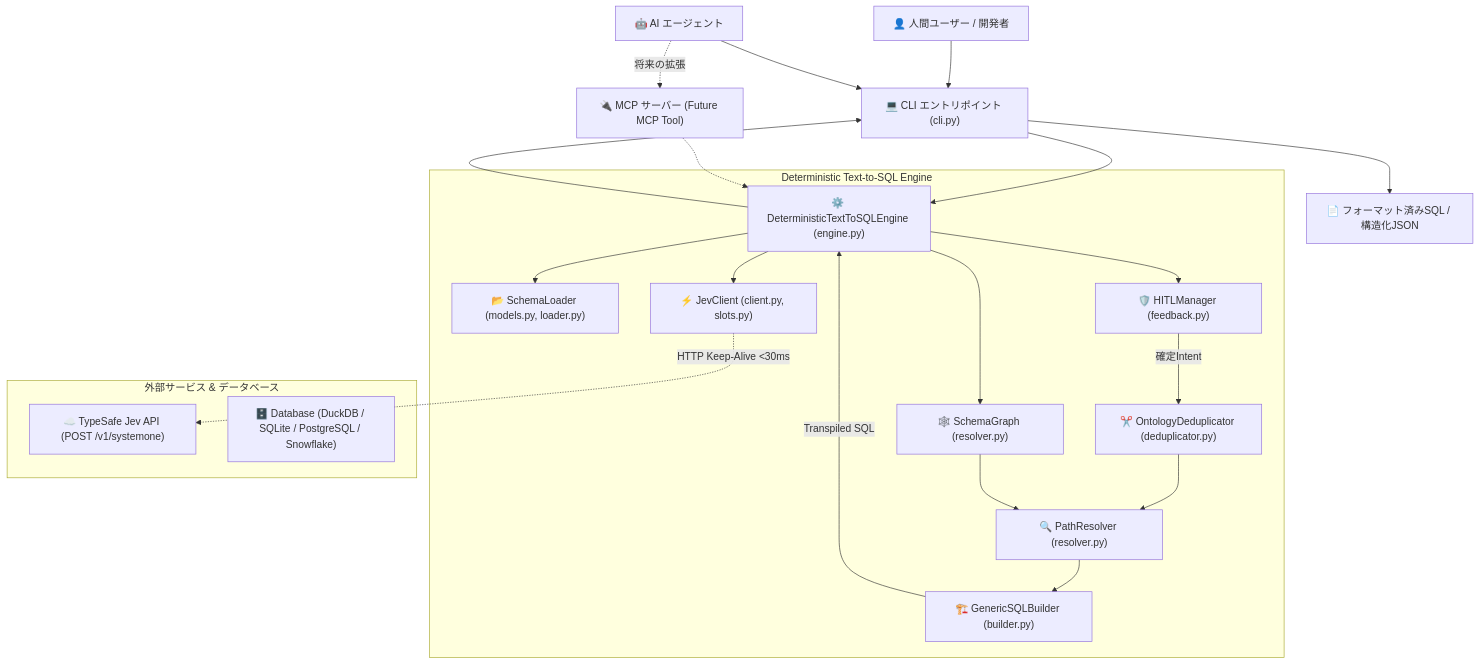
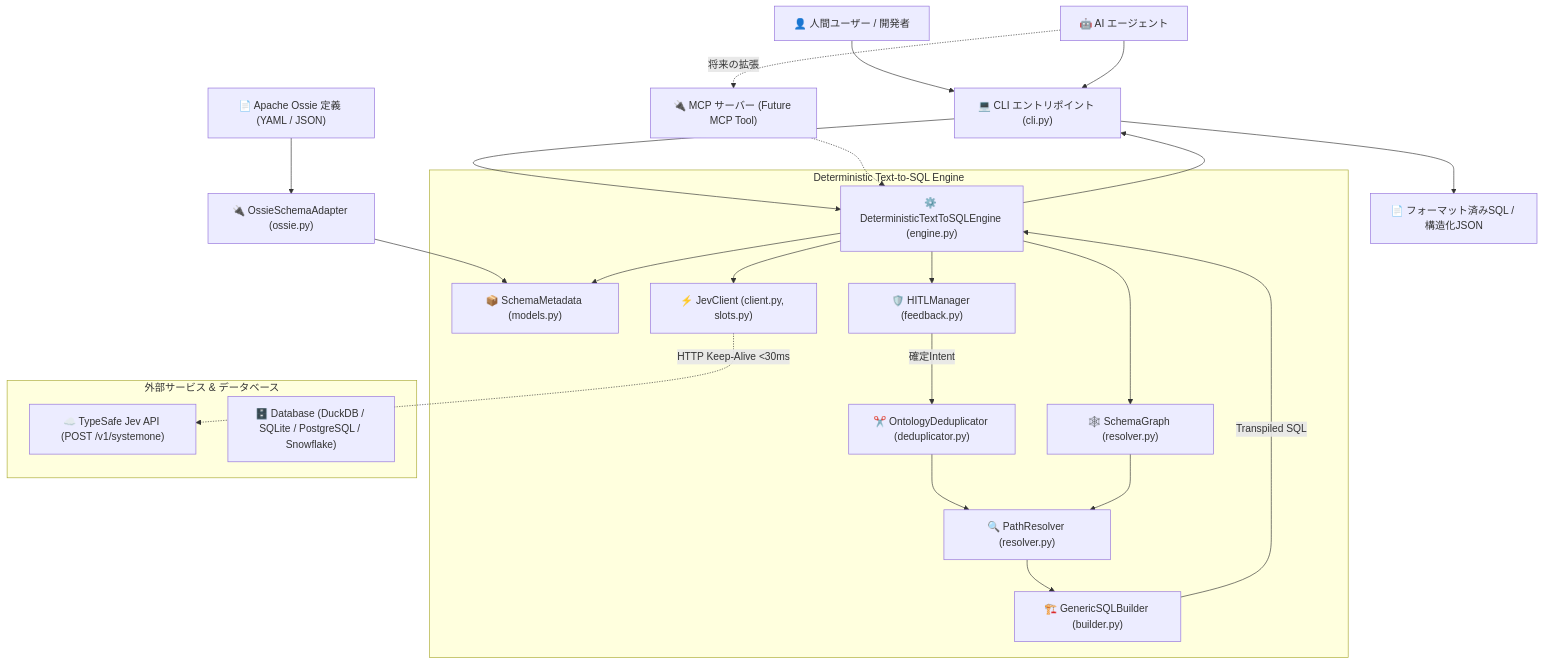
The first of 4 diagrams in doc/design.md (snaga/Deterministic-Text-to-SQL), drawn with Mermaid before and after one commit. The commit also changed other lines of this file and 4 other files, not shown here.

First line of the commit message:
docs(spec): Apache Ossie 対応に伴う Steering および Specs の刷新

````diff
--- a/doc/design.md
+++ b/doc/design.md
@@ -134,32 +140,35 @@
 ```mermaid
 graph TD
     User["👤 人間ユーザー / 開発者"] --> CLI["💻 CLI エントリポイント (cli.py)"]
     Agent["🤖 AI エージェント"] --> CLI
     Agent -.->|将来の拡張| MCP["🔌 MCP サーバー (Future MCP Tool)"]
     
+    OssieDoc["📄 Apache Ossie 定義 (YAML / JSON)"] --> OssieAdapter["🔌 OssieSchemaAdapter (ossie.py)"]
+    OssieAdapter --> SchemaModel["📦 SchemaMetadata (models.py)"]
+    
     CLI --> Engine["⚙️ DeterministicTextToSQLEngine (engine.py)"]
     MCP -.-> Engine
     
     subgraph CoreEngine ["Deterministic Text-to-SQL Engine"]
-        Engine --> SchemaLoader["📂 SchemaLoader (models.py, loader.py)"]
+        Engine --> SchemaModel
         Engine --> SchemaGraph["🕸️ SchemaGraph (resolver.py)"]
         Engine --> JevClient["⚡ JevClient (client.py, slots.py)"]
         Engine --> HITL["🛡️ HITLManager (feedback.py)"]
         
         HITL -->|確定Intent| Deduplicator["✂️ OntologyDeduplicator (deduplicator.py)"]
         Deduplicator --> PathResolver["🔍 PathResolver (resolver.py)"]
         SchemaGraph --> PathResolver
         
         PathResolver --> SQLBuilder["🏗️ GenericSQLBuilder (builder.py)"]
     end
     
     subgraph External ["外部サービス & データベース"]
         JevAPI["☁️ TypeSafe Jev API (POST /v1/systemone)"]
         DB["🗄️ Database (DuckDB / SQLite / PostgreSQL / Snowflake)"]
     end
     
     JevClient -.->|HTTP Keep-Alive <30ms| JevAPI
     SQLBuilder -->|Transpiled SQL| Engine
     Engine --> CLI
     CLI --> Output["📄 フォーマット済みSQL / 構造化JSON"]
 ```
````
